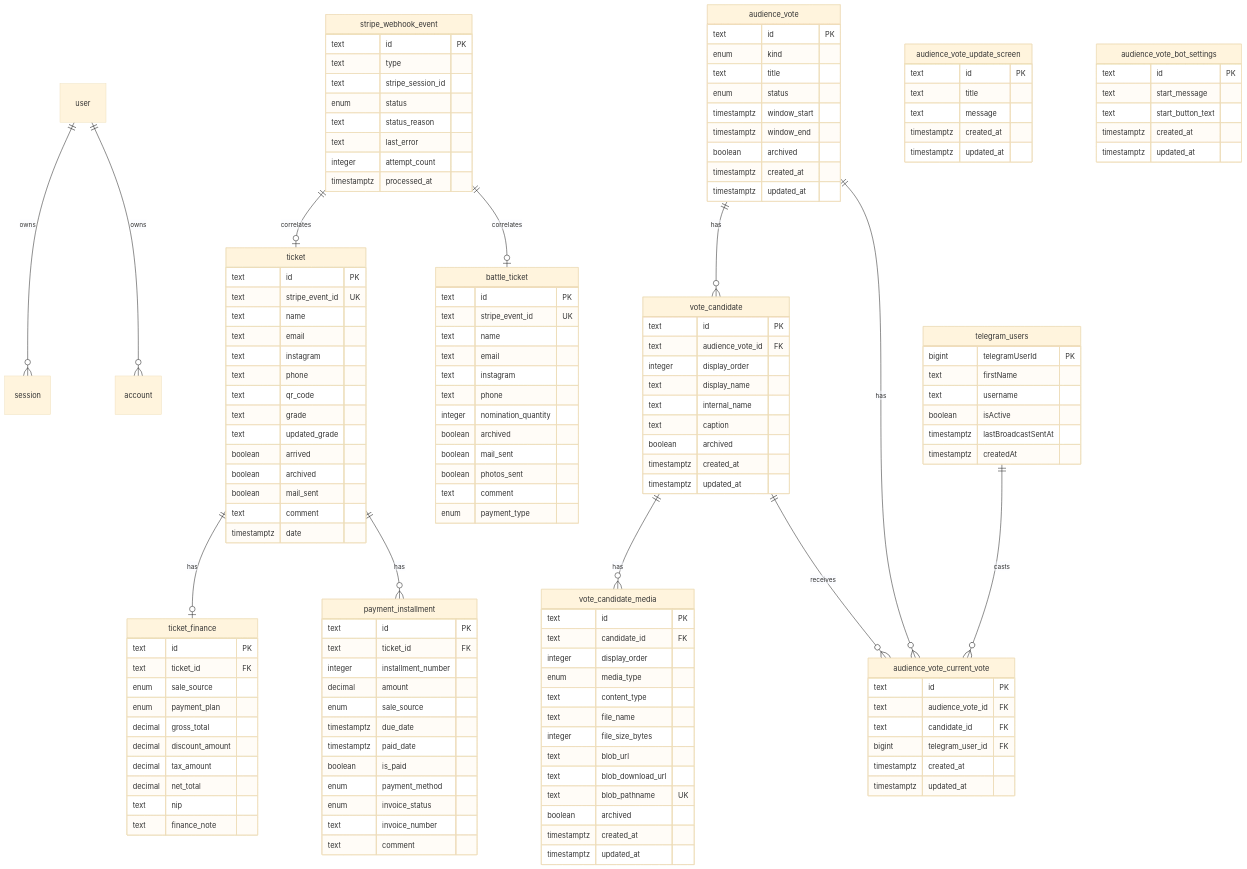
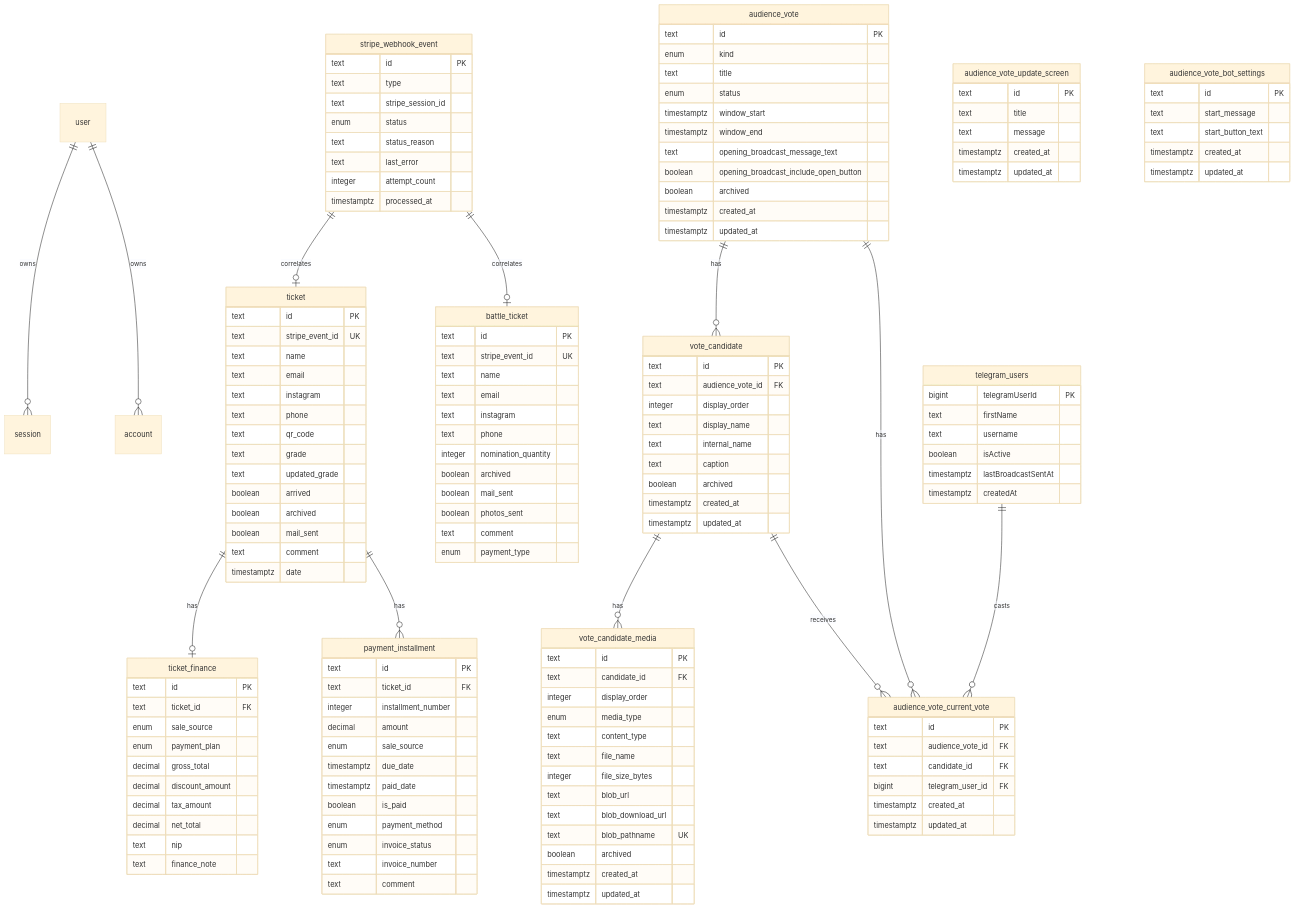
The diagram in docs/data-model.md (serhiihaniuk/nailmoment-dashboard), drawn with Mermaid (base theme) before and after one commit. The commit also changed other lines of this file and 19 other files, not shown here.

```diff
--- a/docs/data-model.md
+++ b/docs/data-model.md
@@ -111,6 +111,8 @@
     enum status
     timestamptz window_start
     timestamptz window_end
+    text opening_broadcast_message_text
+    boolean opening_broadcast_include_open_button
     boolean archived
     timestamptz created_at
     timestamptz updated_at
```
